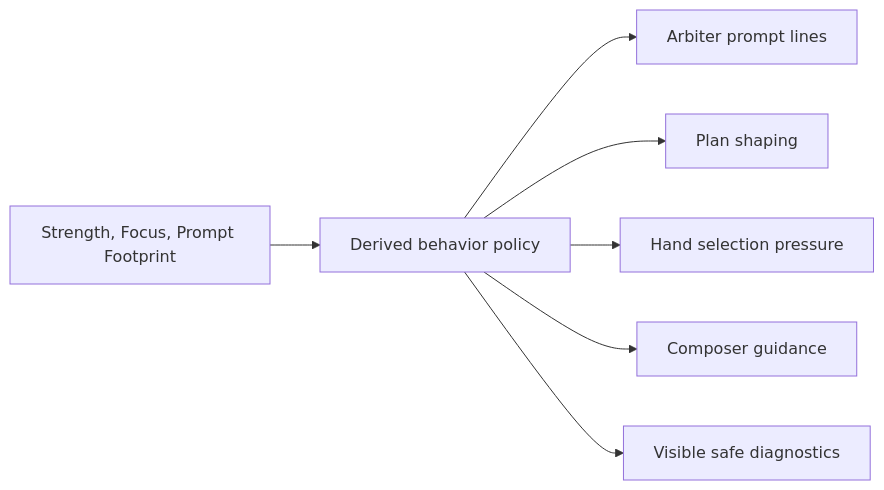
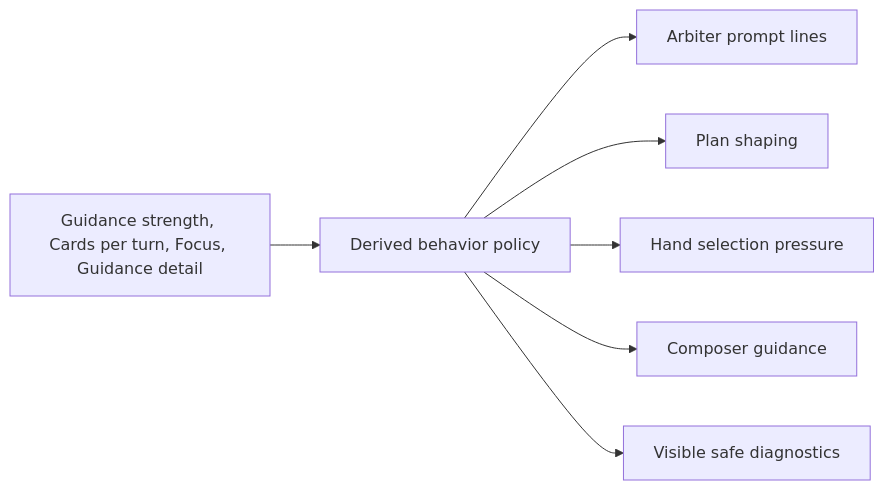
Before and after one commit to MentallyQuill/Recursion: the diagram in docs/design/BEHAVIOR_SETTINGS_POLICY_SPEC.md, drawn with Mermaid. The commit also changed other lines of this file and 115 other files, not shown here.

````diff
--- a/docs/design/BEHAVIOR_SETTINGS_POLICY_SPEC.md
+++ b/docs/design/BEHAVIOR_SETTINGS_POLICY_SPEC.md
@@ -40,9 +43,9 @@
 ```mermaid
 flowchart LR
-    Settings["Strength, Focus, Prompt Footprint"] --> Policy["Derived behavior policy"]
+    Settings["Guidance strength, Cards per turn, Focus, Guidance detail"] --> Policy["Derived behavior policy"]
     Policy --> Arbiter["Arbiter prompt lines"]
     Policy --> Plan["Plan shaping"]
     Policy --> Hand["Hand selection pressure"]
     Policy --> Compose["Composer guidance"]
     Policy --> Diagnostics["Visible safe diagnostics"]
 ```
````
